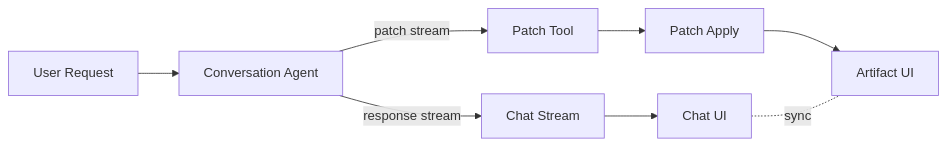
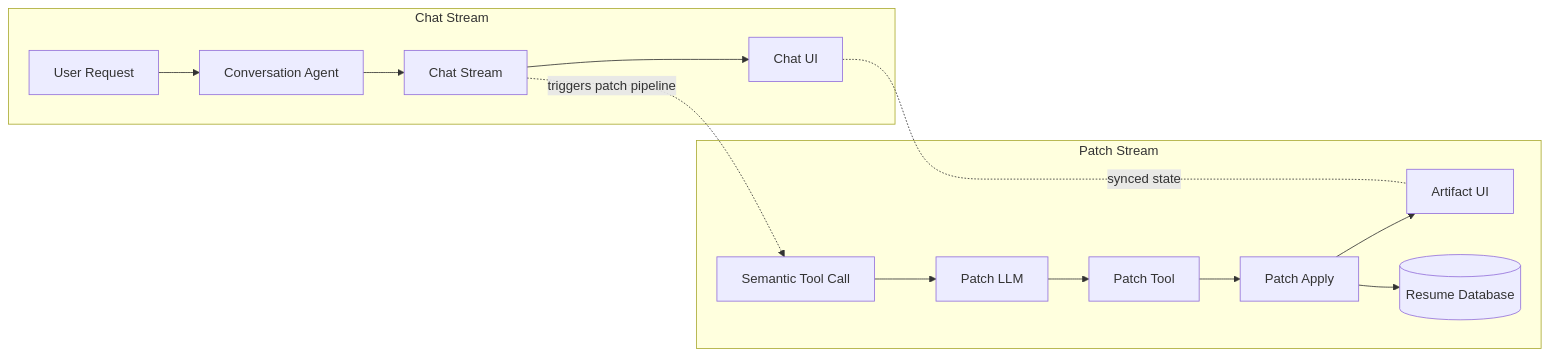
One commit to rothnic/nickroth changed the diagram in src/content/work/resume-chatbot.mdx. Above: the diagram before and after it, drawn with Mermaid. The commit also changed 1 other file, not shown here.

Commit message:
style(content): refine architecture diagram flow and heading/list hierarchy

````diff
--- a/src/content/work/resume-chatbot.mdx
+++ b/src/content/work/resume-chatbot.mdx
@@ -93,7 +93,23 @@
 ```mermaid
 flowchart LR
-  U[User Request] --> A[Conversation Agent]
-  A -->|response stream| C1[Chat Stream] --> C2[Chat UI]
-  A -->|patch stream| P1[Patch Tool] --> P2[Patch Apply] --> P3[Artifact UI]
-  C2 -. sync .- P3
+  subgraph CHAT[Chat Stream]
+    U[User Request] --> A[Conversation Agent]
+    A --> C1[Chat Stream]
+    C1 --> C2[Chat UI]
+  end
+
+  subgraph PATCH[Patch Stream]
+    T1[Semantic Tool Call]
+    T2[Patch LLM]
+    T3[Patch Tool]
+    T4[Patch Apply]
+    T5[Artifact UI]
+    T6[(Resume Database)]
+
+    T1 --> T2 --> T3 --> T4 --> T5
+    T4 --> T6
+  end
+
+  C1 -. triggers patch pipeline .-> T1
+  C2 -. synced state .- T5
 ```
````
